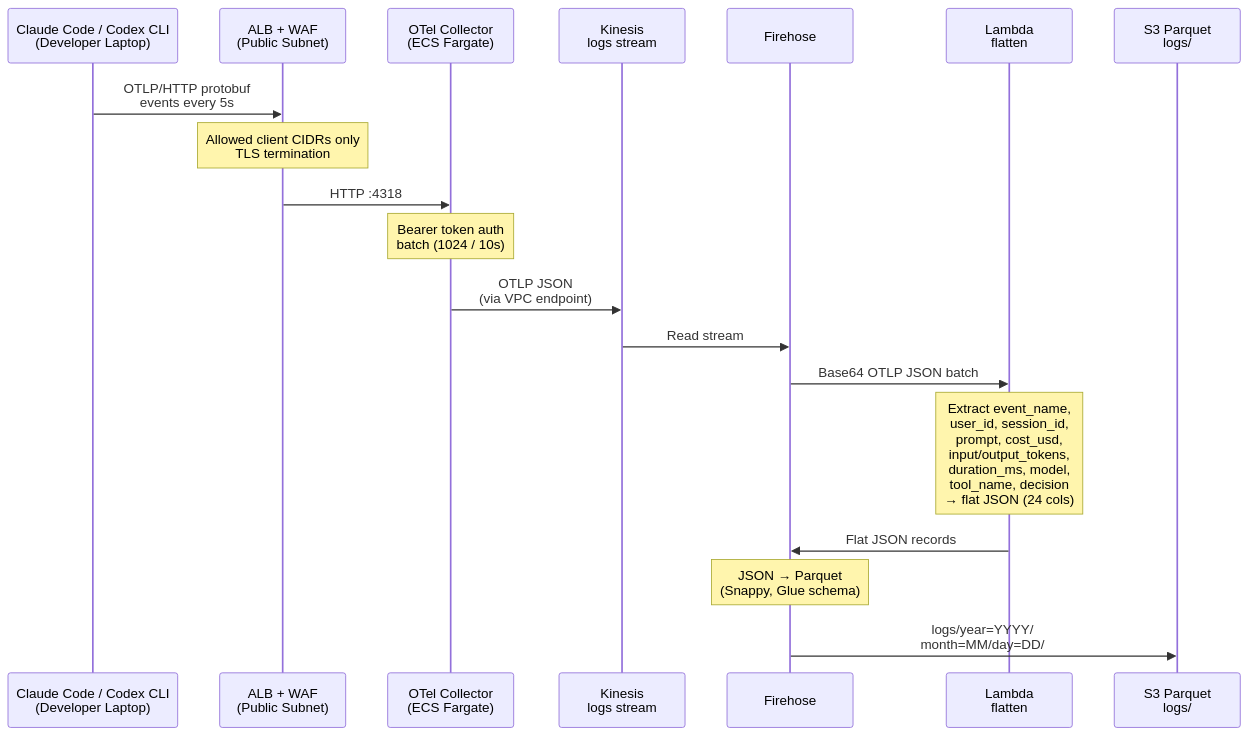
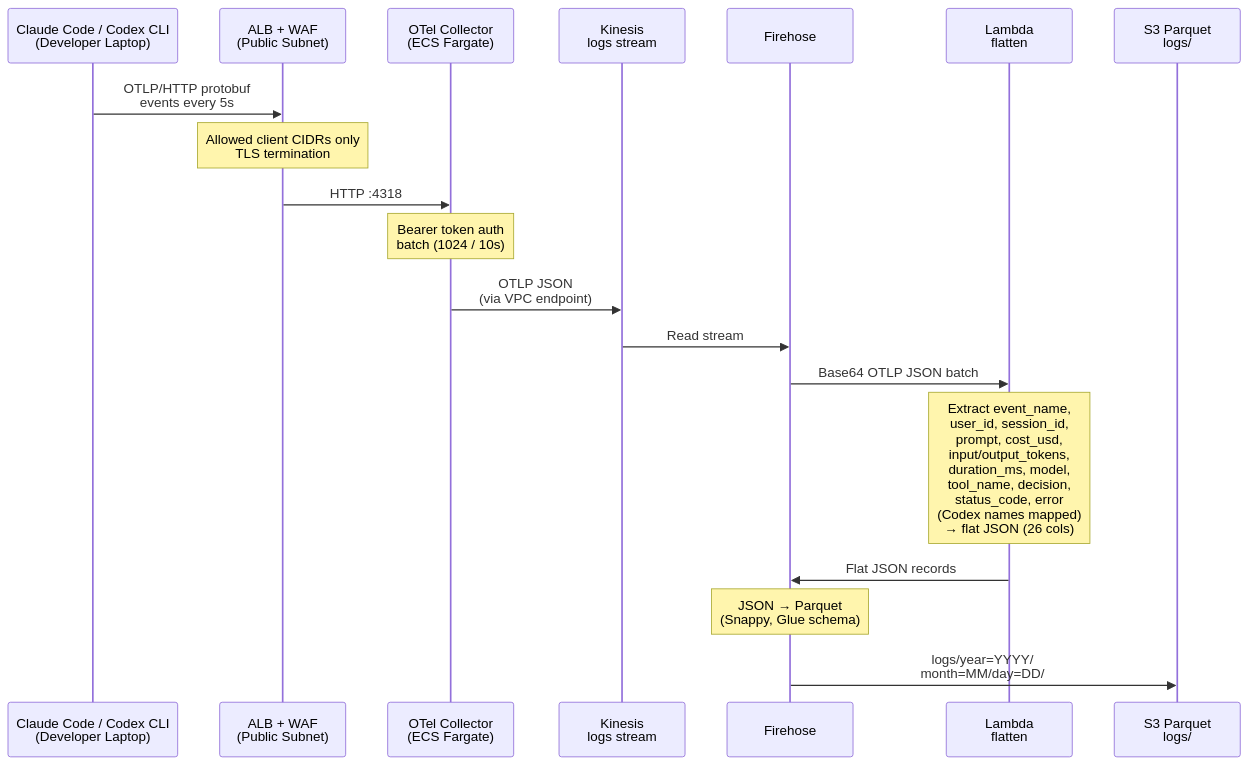
The second of 5 diagrams in docs/data-flow.md (aws-samples/sample-serverless-observability-for-ai-coding-assistants), drawn with Mermaid before and after one commit. The commit also changed 5 other files, not shown here.

````diff
--- a/docs/data-flow.md
+++ b/docs/data-flow.md
@@ -32,22 +32,22 @@
 ```mermaid
 sequenceDiagram
     participant Dev as Claude Code / Codex CLI<br/>(Developer Laptop)
     participant ALB as ALB + WAF<br/>(Public Subnet)
     participant Col as OTel Collector<br/>(ECS Fargate)
     participant KL as Kinesis<br/>logs stream
     participant FH as Firehose
     participant Lam as Lambda<br/>flatten
     participant S3 as S3 Parquet<br/>logs/
 
     Dev->>ALB: OTLP/HTTP protobuf<br/>events every 5s
     Note over ALB: Allowed client CIDRs only<br/>TLS termination
     ALB->>Col: HTTP :4318
     Note over Col: Bearer token auth<br/>batch (1024 / 10s)
     Col->>KL: OTLP JSON<br/>(via VPC endpoint)
     KL->>FH: Read stream
     FH->>Lam: Base64 OTLP JSON batch
-    Note over Lam: Extract event_name,<br/>user_id, session_id,<br/>prompt, cost_usd,<br/>input/output_tokens,<br/>duration_ms, model,<br/>tool_name, decision<br/>→ flat JSON (24 cols)
+    Note over Lam: Extract event_name,<br/>user_id, session_id,<br/>prompt, cost_usd,<br/>input/output_tokens,<br/>duration_ms, model,<br/>tool_name, decision,<br/>status_code, error<br/>(Codex names mapped)<br/>→ flat JSON (26 cols)
     Lam->>FH: Flat JSON records
     Note over FH: JSON → Parquet<br/>(Snappy, Glue schema)
     FH->>S3: logs/year=YYYY/<br/>month=MM/day=DD/
 ```
````
